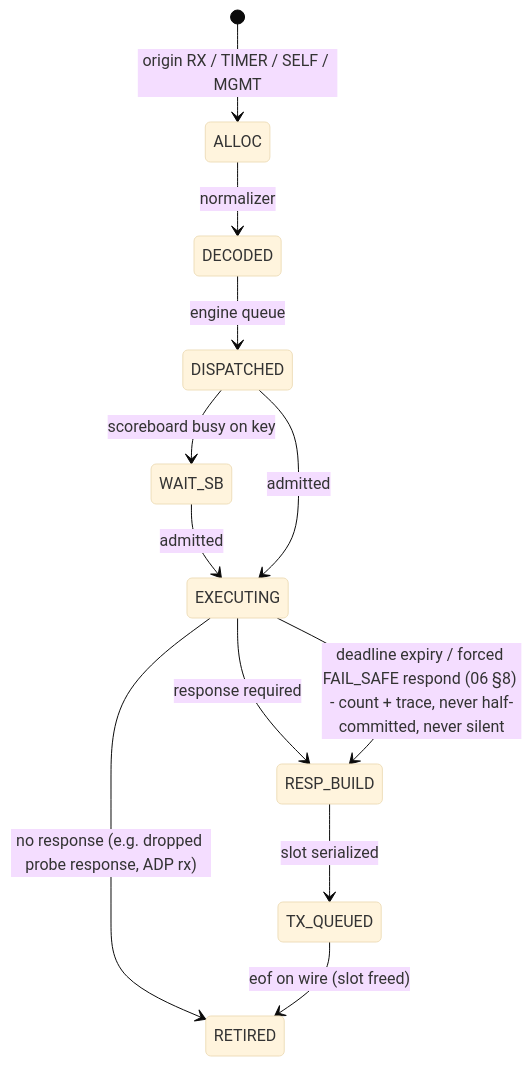
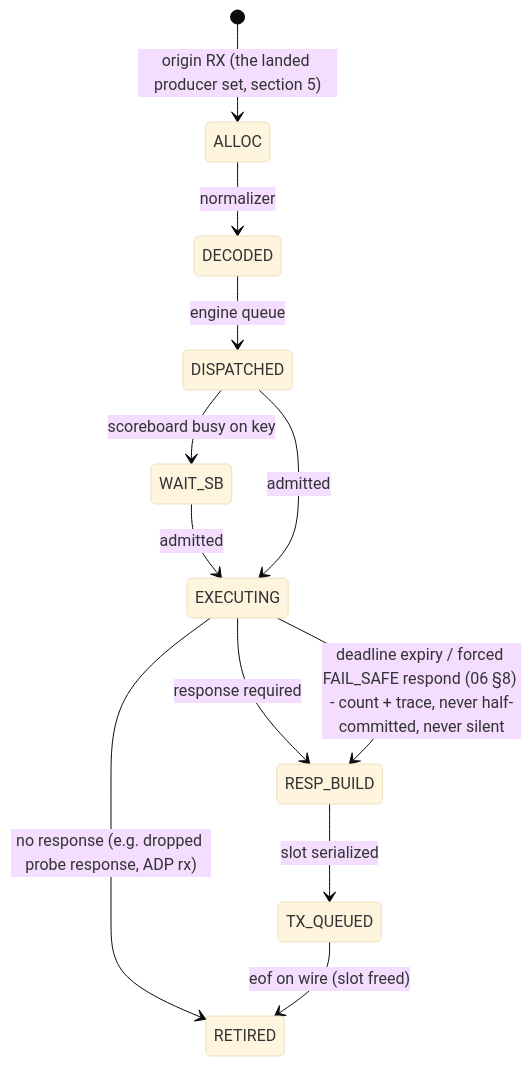
Before and after one commit to Mister-M-alt/protocol-processor-control-plane-avb-milan: the second of 3 diagrams in docs/architecture/03_packet_engine.md, drawn with Mermaid (base theme). The commit also changed other lines of this file and 7 other files, not shown here.

Commit message:
Make the landed producer shape normative, state MGMT-origin changes unsupported, and record the identify, push, STORM and RND evidence with its mutation tables (GAP-06, GAP-17)

````diff
--- a/docs/architecture/03_packet_engine.md
+++ b/docs/architecture/03_packet_engine.md
@@ -133,14 +133,14 @@
 ```mermaid
 stateDiagram-v2
-    [*] --> ALLOC: origin RX / TIMER / SELF / MGMT
+    [*] --> ALLOC: origin RX (the landed producer set, section 5)
     ALLOC --> DECODED: normalizer
     DECODED --> DISPATCHED: engine queue
     DISPATCHED --> WAIT_SB: scoreboard busy on key
     WAIT_SB --> EXECUTING: admitted
     DISPATCHED --> EXECUTING: admitted
     EXECUTING --> RESP_BUILD: response required
     EXECUTING --> RETIRED: no response (e.g. dropped probe response, ADP rx)
     RESP_BUILD --> TX_QUEUED: slot serialized
     TX_QUEUED --> RETIRED: eof on wire (slot freed)
     EXECUTING --> RESP_BUILD: deadline expiry / forced FAIL_SAFE respond (06 §8) - count + trace, never half-committed, never silent
 ```
````
